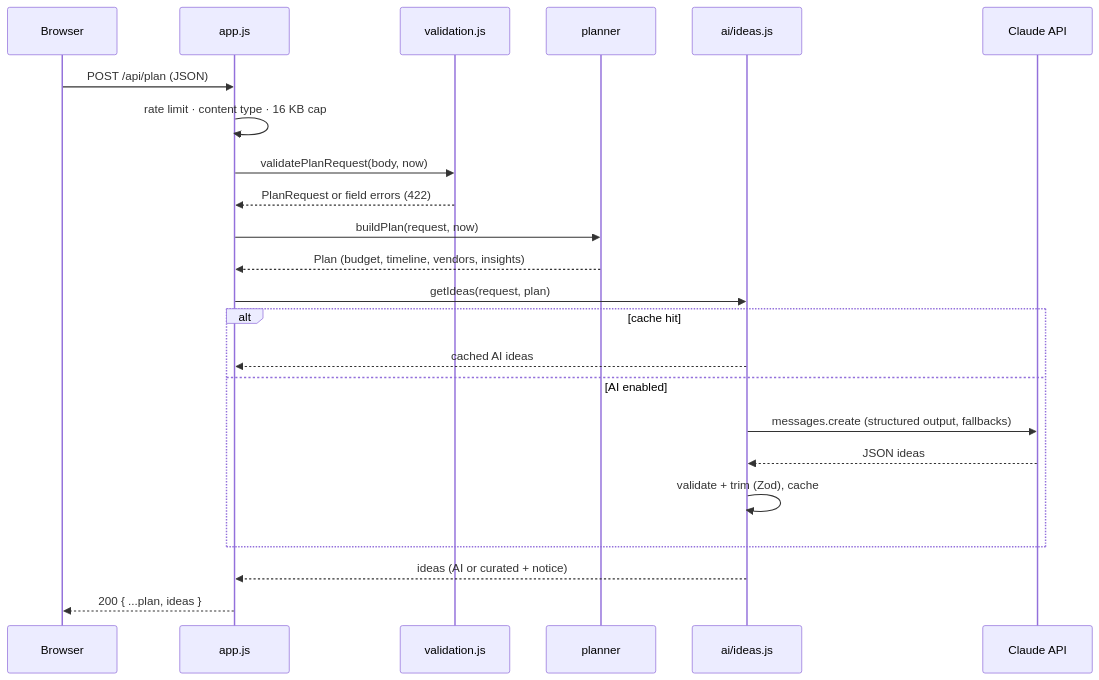
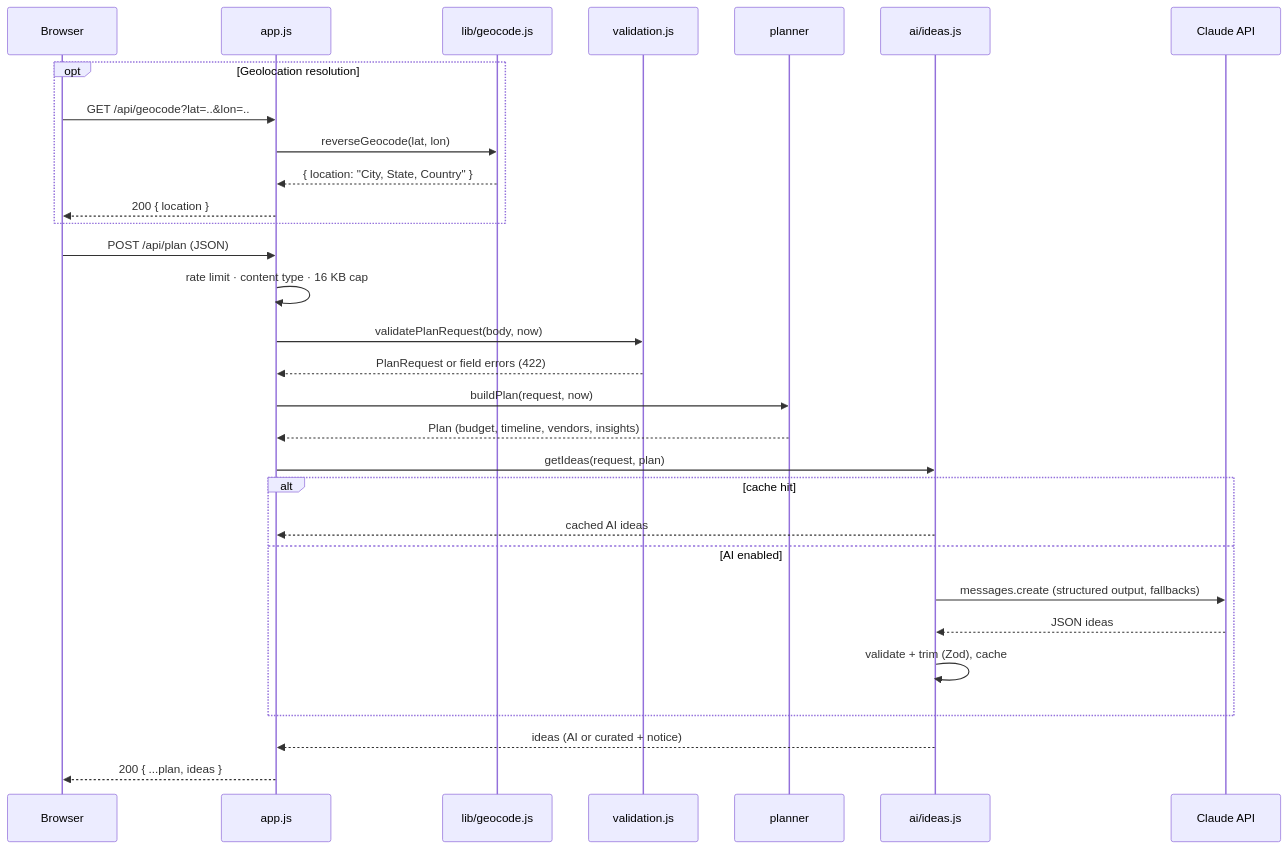
Before and after one commit to seeramsujay/event-manager: the diagram in docs/ARCHITECTURE.md, drawn with Mermaid. The commit also changed other lines of this file and 2 other files, not shown here.

Commit message:
docs: update documentation for location suggestions and geocoding endpoint

````diff
--- a/docs/ARCHITECTURE.md
+++ b/docs/ARCHITECTURE.md
@@ -15,25 +15,32 @@
 ```mermaid
 sequenceDiagram
   participant B as Browser
   participant A as app.js
+  participant G as lib/geocode.js
   participant V as validation.js
   participant P as planner
   participant I as ai/ideas.js
   participant C as Claude API
+  opt Geolocation resolution
+    B->>A: GET /api/geocode?lat=..&lon=..
+    A->>G: reverseGeocode(lat, lon)
+    G-->>A: { location: "City, State, Country" }
+    A-->>B: 200 { location }
+  end
   B->>A: POST /api/plan (JSON)
   A->>A: rate limit · content type · 16 KB cap
   A->>V: validatePlanRequest(body, now)
   V-->>A: PlanRequest or field errors (422)
   A->>P: buildPlan(request, now)
   P-->>A: Plan (budget, timeline, vendors, insights)
   A->>I: getIdeas(request, plan)
   alt cache hit
     I-->>A: cached AI ideas
   else AI enabled
     I->>C: messages.create (structured output, fallbacks)
     C-->>I: JSON ideas
     I->>I: validate + trim (Zod), cache
   end
   I-->>A: ideas (AI or curated + notice)
   A-->>B: 200 { ...plan, ideas }
 ```
````
